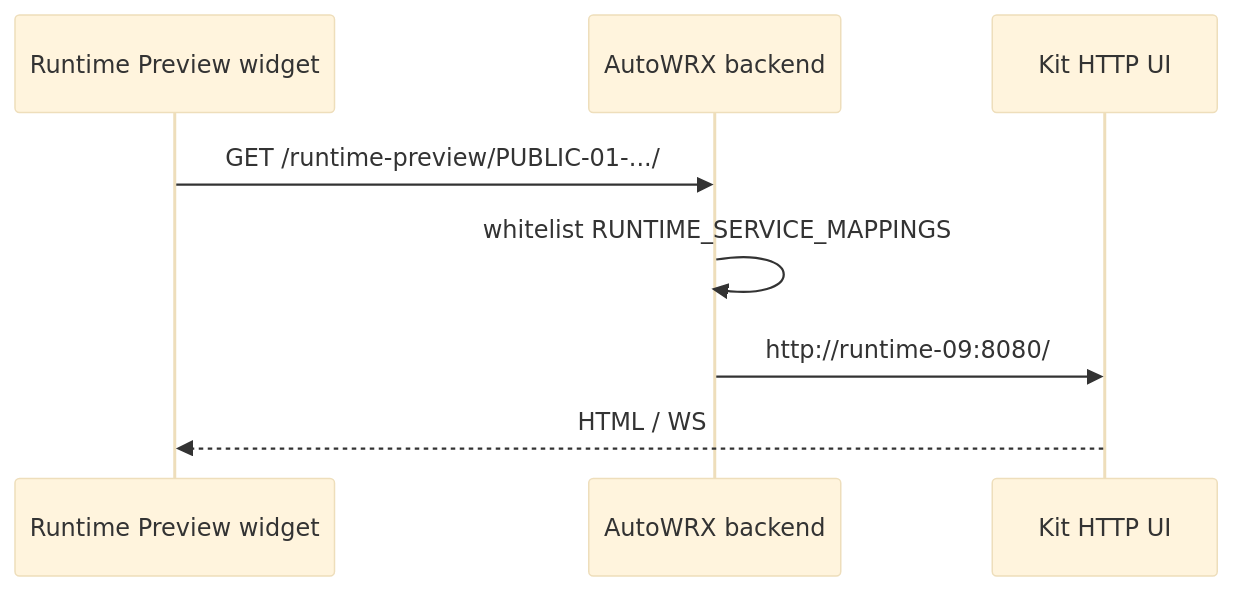
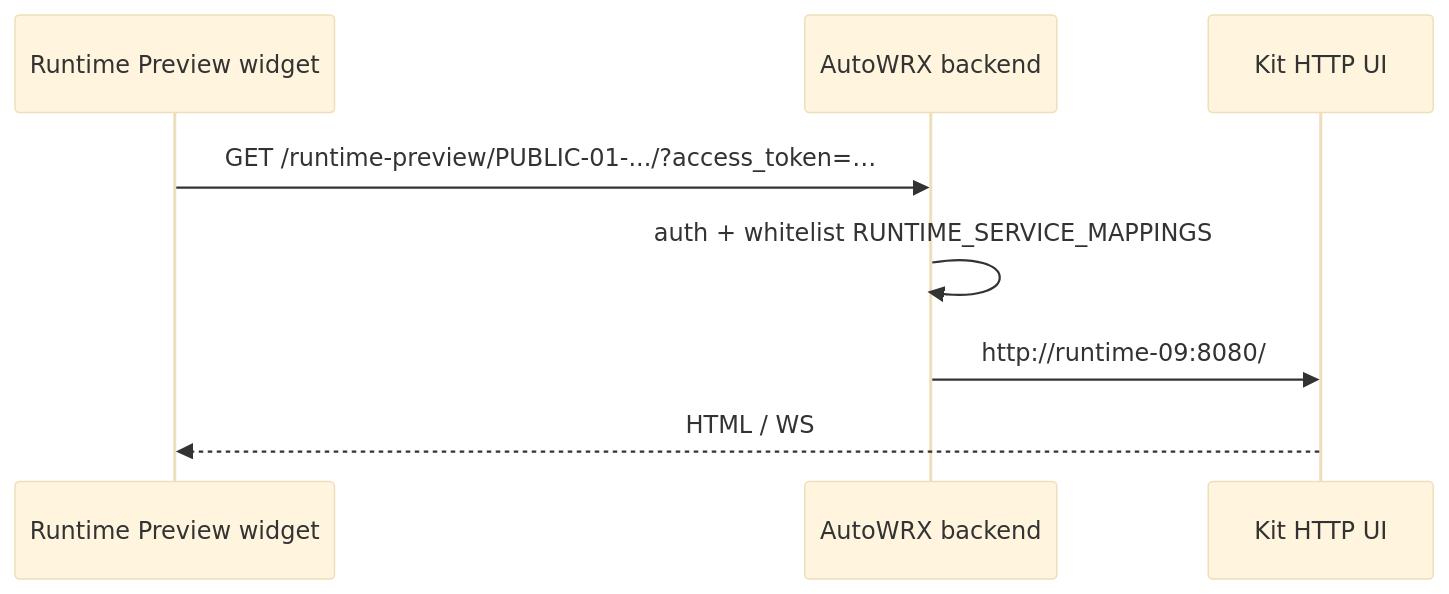
Before and after one commit to eclipse-autowrx/autowrx: the fifth of 5 diagrams in docs/capabilities/runtime-hardware-kits.md, drawn with Mermaid (base theme). The commit also changed other lines of this file and 4 other files, not shown here.

First line of the commit message:
fix(runtime-preview): fail-closed WS routing and JWT iframe auth

````diff
--- a/docs/capabilities/runtime-hardware-kits.md
+++ b/docs/capabilities/runtime-hardware-kits.md
@@ -567,10 +567,10 @@
 ```mermaid
 sequenceDiagram
     participant W as Runtime Preview widget
     participant B as AutoWRX backend
     participant K as Kit HTTP UI
-    W->>B: GET /runtime-preview/PUBLIC-01-.../
-    B->>B: whitelist RUNTIME_SERVICE_MAPPINGS
+    W->>B: GET /runtime-preview/PUBLIC-01-.../?access_token=…
+    B->>B: auth + whitelist RUNTIME_SERVICE_MAPPINGS
     B->>K: http://runtime-09:8080/
     K-->>W: HTML / WS
 ```
````
